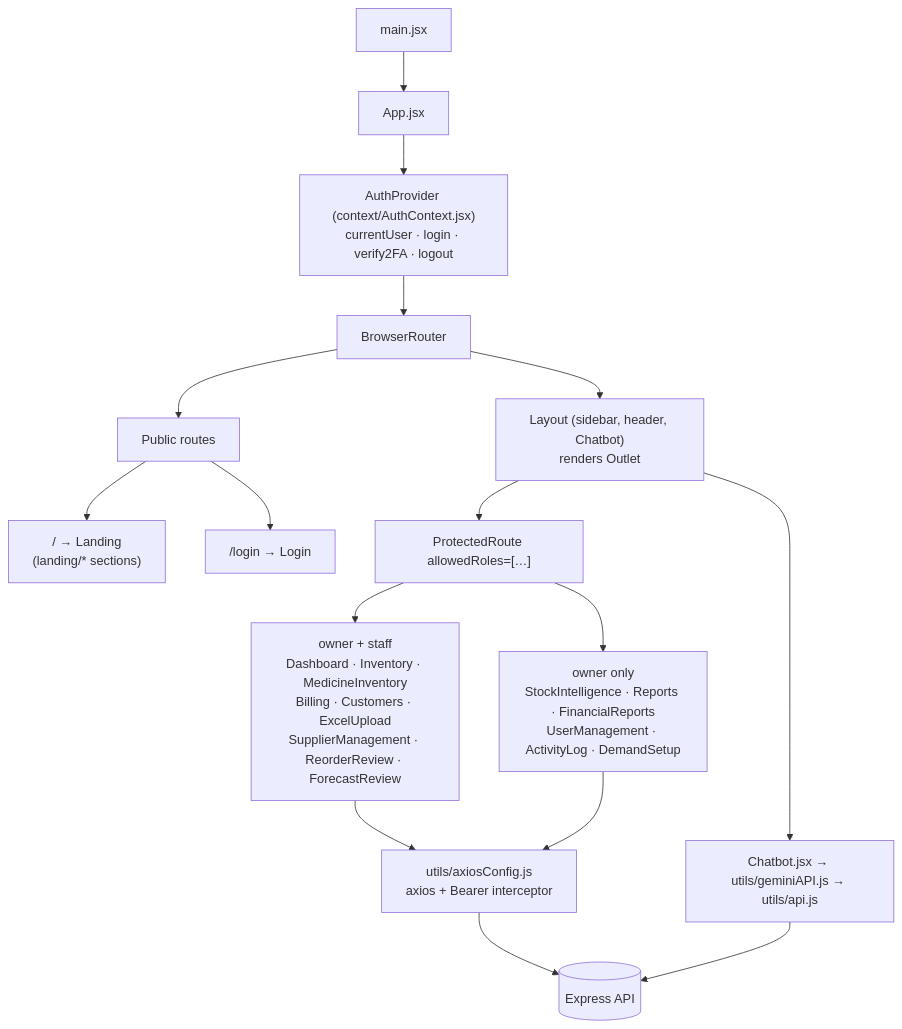
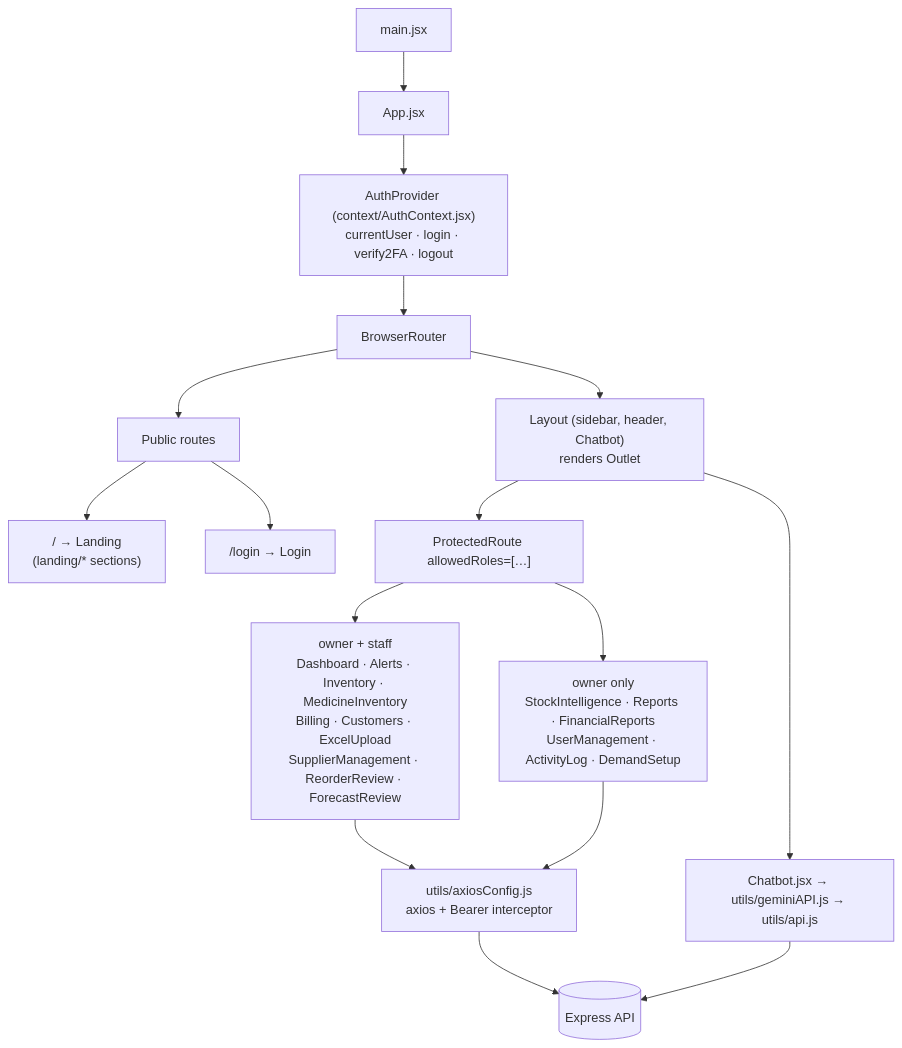
The first of 2 diagrams in docs/frontend.md (USER1043/MediStock_AI), drawn with Mermaid before and after one commit. The commit also changed other lines of this file and 5 other files, not shown here.

````diff
--- a/docs/frontend.md
+++ b/docs/frontend.md
@@ -9,21 +9,21 @@
 ```mermaid
 flowchart TB
     main["main.jsx"] --> app["App.jsx"]
     app --> ap["AuthProvider (context/AuthContext.jsx)<br/>currentUser · login · verify2FA · logout"]
     ap --> router["BrowserRouter"]
 
     router --> pub["Public routes"]
     pub --> landing["/ → Landing<br/>(landing/* sections)"]
     pub --> login["/login → Login"]
 
     router --> layout["Layout (sidebar, header, Chatbot)<br/>renders Outlet"]
     layout --> pr["ProtectedRoute allowedRoles=[…]"]
-    pr --> both["owner + staff<br/>Dashboard · Inventory · MedicineInventory<br/>Billing · Customers · ExcelUpload<br/>SupplierManagement · ReorderReview · ForecastReview"]
+    pr --> both["owner + staff<br/>Dashboard · Alerts · Inventory · MedicineInventory<br/>Billing · Customers · ExcelUpload<br/>SupplierManagement · ReorderReview · ForecastReview"]
     pr --> own["owner only<br/>StockIntelligence · Reports · FinancialReports<br/>UserManagement · ActivityLog · DemandSetup"]
 
     both --> ax["utils/axiosConfig.js<br/>axios + Bearer interceptor"]
     own --> ax
     layout --> chat["Chatbot.jsx → utils/geminiAPI.js → utils/api.js"]
     ax --> api[("Express API")]
     chat --> api
 ```
````
